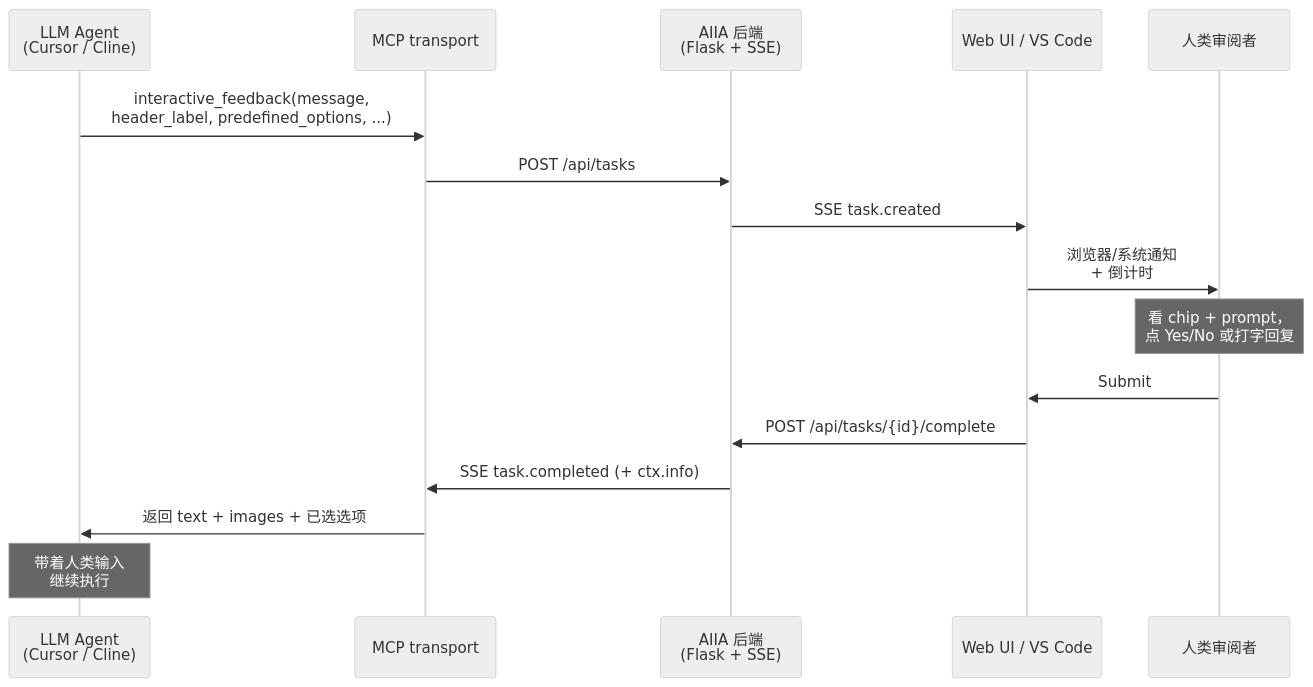
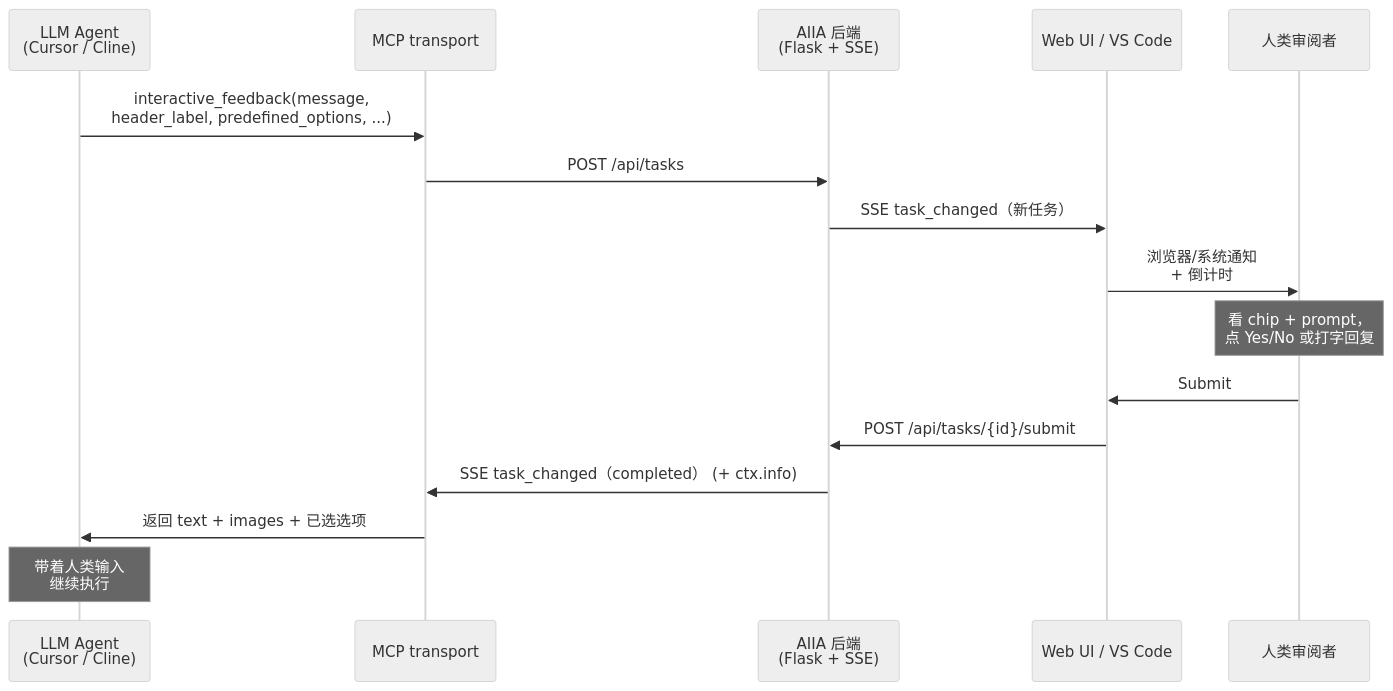
The second of 3 diagrams in docs/architecture.zh-CN.md (XIADENGMA/ai-intervention-agent), drawn with Mermaid (neutral theme) before and after one commit. The commit also changed other lines of this file and 58 other files, not shown here.

````diff
--- a/docs/architecture.zh-CN.md
+++ b/docs/architecture.zh-CN.md
@@ -74,19 +74,19 @@
 ```mermaid
 sequenceDiagram
     participant Agent as LLM Agent<br/>(Cursor / Cline)
     participant MCP as MCP transport
     participant AIIA as AIIA 后端<br/>(Flask + SSE)
     participant UI as Web UI / VS Code
     participant Human as 人类审阅者
 
     Agent->>MCP: interactive_feedback(message,<br/>header_label, predefined_options, ...)
     MCP->>AIIA: POST /api/tasks
-    AIIA->>UI: SSE task.created
+    AIIA->>UI: SSE task_changed（新任务）
     UI->>Human: 浏览器/系统通知<br/>+ 倒计时
     Note over Human: 看 chip + prompt，<br/>点 Yes/No 或打字回复
     Human->>UI: Submit
-    UI->>AIIA: POST /api/tasks/{id}/complete
-    AIIA->>MCP: SSE task.completed (+ ctx.info)
+    UI->>AIIA: POST /api/tasks/{id}/submit
+    AIIA->>MCP: SSE task_changed（completed） (+ ctx.info)
     MCP->>Agent: 返回 text + images + 已选选项
     Note over Agent: 带着人类输入<br/>继续执行
 ```
````
